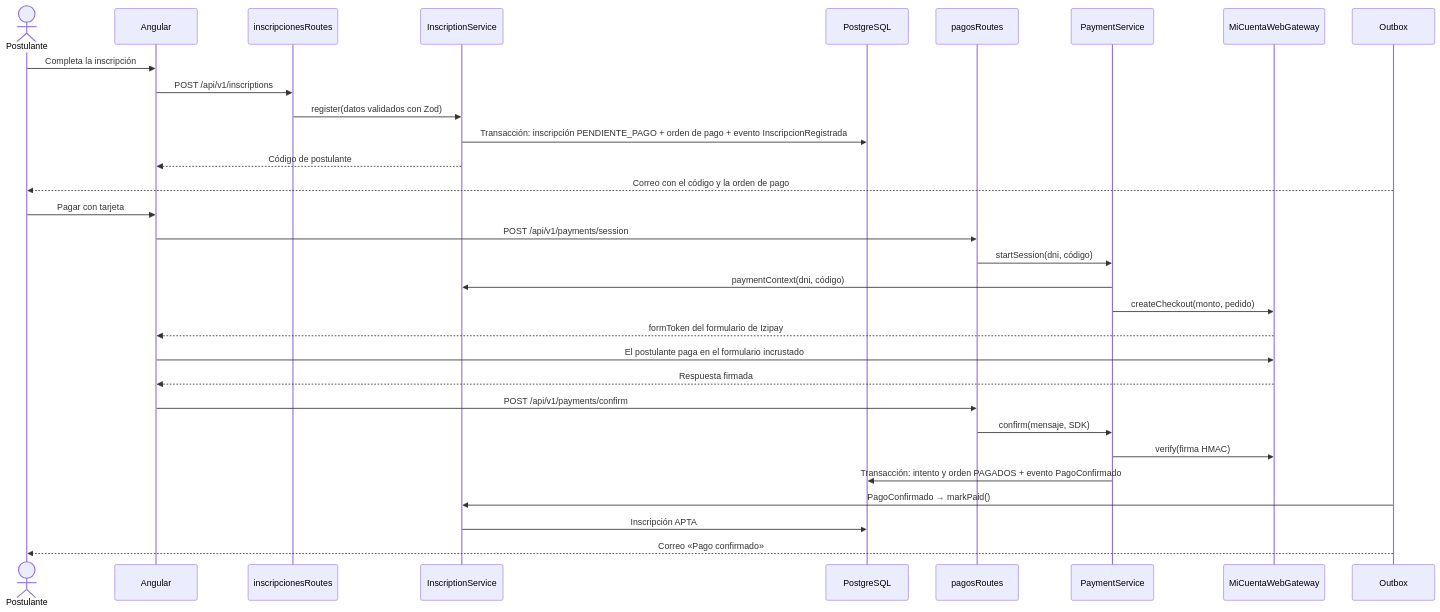
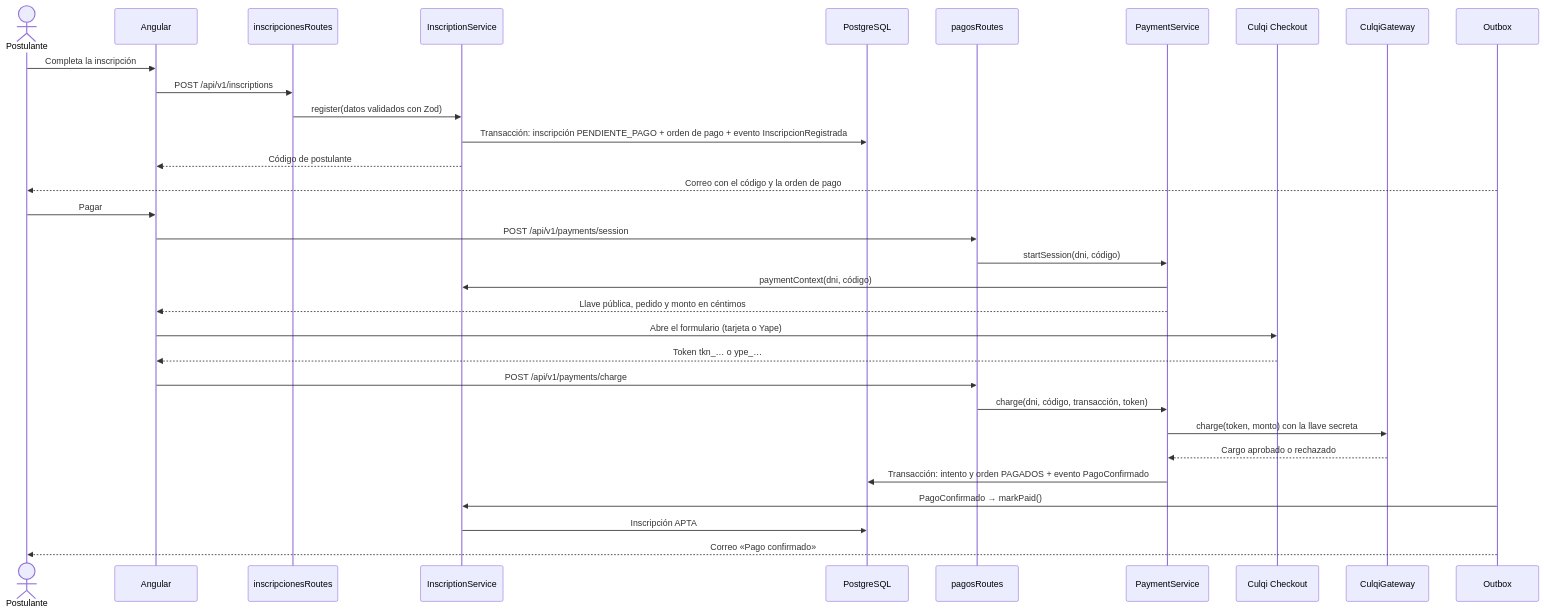
The second of 2 diagrams in docs/04-modelo-c4/Nivel4-DiagramadeCodigo.md (DiegoCoras06/sia-unsch-admision), drawn with Mermaid before and after one commit. The commit also changed other lines of this file and 66 other files, not shown here.

First line of the commit message:
Pagos: Culqi como única pasarela, con tarjeta y Yape (ADR-024)

````diff
--- a/docs/04-modelo-c4/Nivel4-DiagramadeCodigo.md
+++ b/docs/04-modelo-c4/Nivel4-DiagramadeCodigo.md
@@ -119,35 +108,36 @@
 ```mermaid
 sequenceDiagram
     actor P as Postulante
     participant W as Angular
     participant RI as inscripcionesRoutes
     participant IS as InscriptionService
     participant DB as PostgreSQL
     participant RP as pagosRoutes
     participant PS as PaymentService
-    participant GW as MiCuentaWebGateway
+    participant CK as Culqi Checkout
+    participant GW as CulqiGateway
     participant OB as Outbox
 
     P->>W: Completa la inscripción
     W->>RI: POST /api/v1/inscriptions
     RI->>IS: register(datos validados con Zod)
     IS->>DB: Transacción: inscripción PENDIENTE_PAGO + orden de pago + evento InscripcionRegistrada
     IS-->>W: Código de postulante
     OB-->>P: Correo con el código y la orden de pago
 
-    P->>W: Pagar con tarjeta
+    P->>W: Pagar
     W->>RP: POST /api/v1/payments/session
     RP->>PS: startSession(dni, código)
     PS->>IS: paymentContext(dni, código)
-    PS->>GW: createCheckout(monto, pedido)
-    GW-->>W: formToken del formulario de Izipay
-    W->>GW: El postulante paga en el formulario incrustado
-    GW-->>W: Respuesta firmada
-    W->>RP: POST /api/v1/payments/confirm
-    RP->>PS: confirm(mensaje, SDK)
-    PS->>GW: verify(firma HMAC)
+    PS-->>W: Llave pública, pedido y monto en céntimos
+    W->>CK: Abre el formulario (tarjeta o Yape)
+    CK-->>W: Token tkn_… o ype_…
+    W->>RP: POST /api/v1/payments/charge
+    RP->>PS: charge(dni, código, transacción, token)
+    PS->>GW: charge(token, monto) con la llave secreta
+    GW-->>PS: Cargo aprobado o rechazado
     PS->>DB: Transacción: intento y orden PAGADOS + evento PagoConfirmado
     OB->>IS: PagoConfirmado → markPaid()
     IS->>DB: Inscripción APTA
     OB-->>P: Correo «Pago confirmado»
 ```
````
